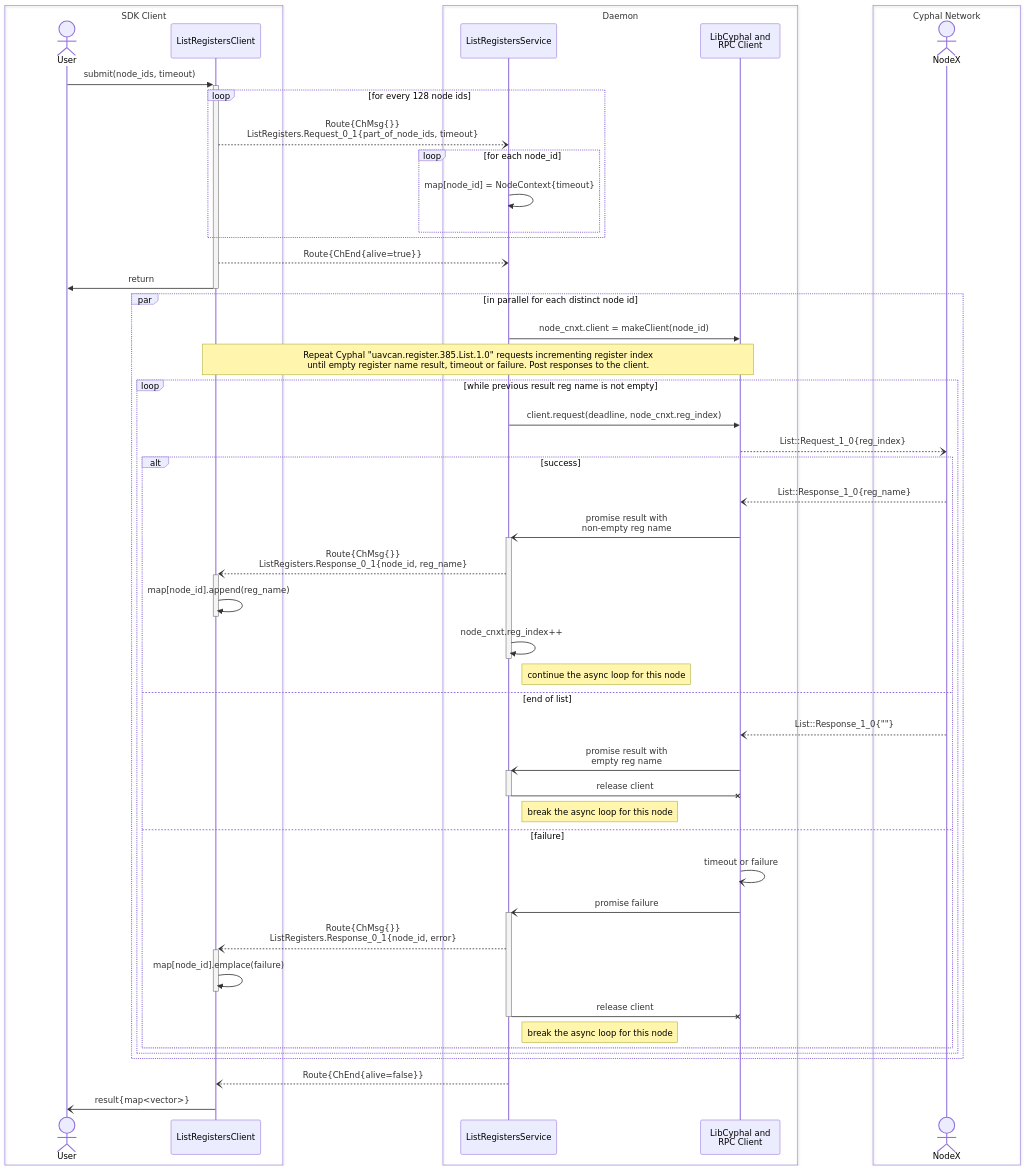
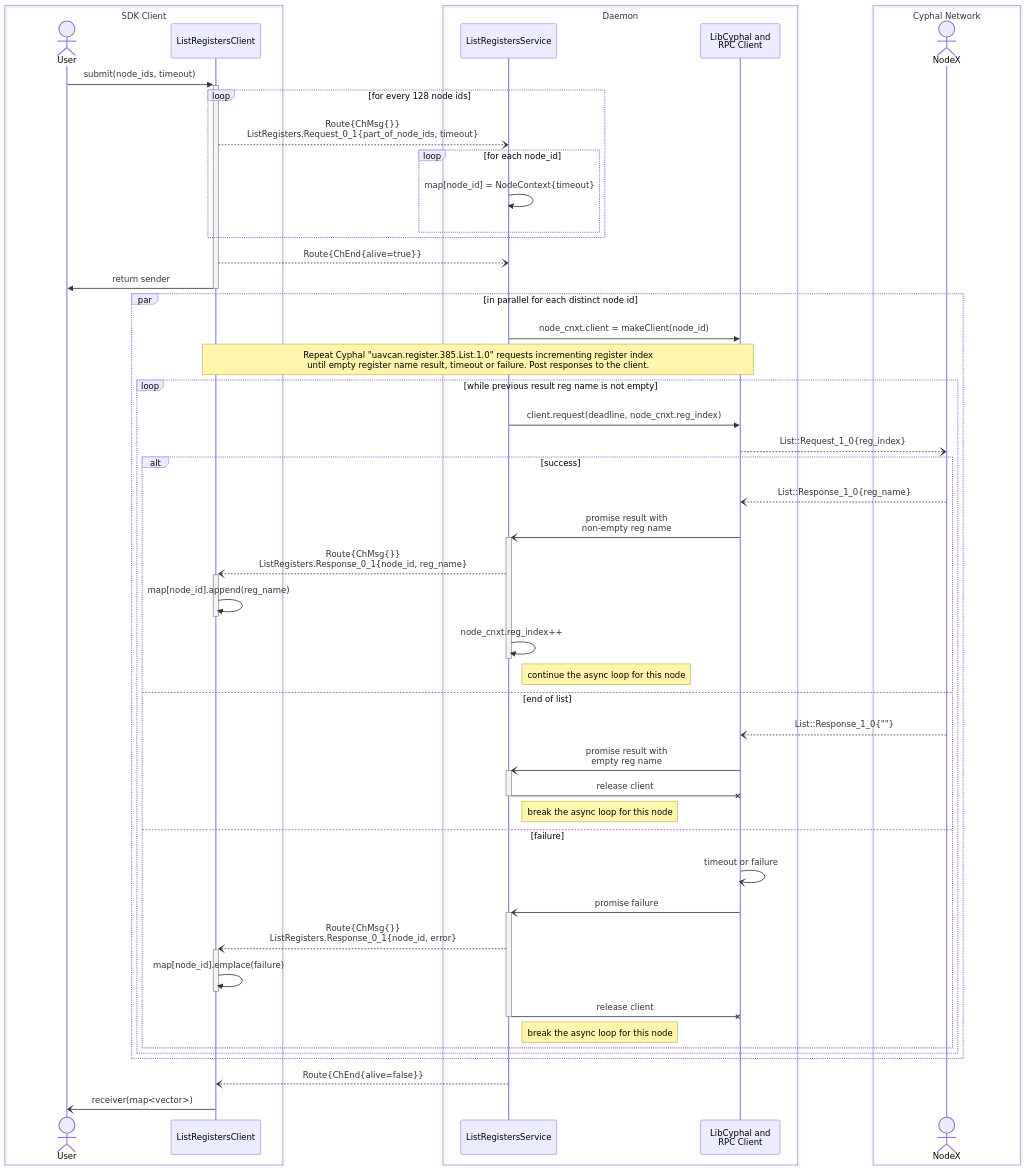
Before and after one commit to OpenCyphal-Garage/ocvsmd: the second of 5 diagrams in docs/svc_design.md, drawn with Mermaid. The commit also changed other lines of this file, not shown here.

````diff
--- a/docs/svc_design.md
+++ b/docs/svc_design.md
@@ -106,62 +106,62 @@
 ```mermaid
 sequenceDiagram
     actor User
     participant ListRegistersClient
     participant ListRegistersService
     participant LibCyphal as LibCyphal and<br/>RPC Client
     actor NodeX
     
     User ->>+ ListRegistersClient: submit(node_ids, timeout)
     loop for every 128 node ids
         ListRegistersClient --) ListRegistersService: Route{ChMsg{}}<br/>ListRegisters.Request_0_1{part_of_node_ids, timeout}
         loop for each node_id
             ListRegistersService ->> ListRegistersService: map[node_id] = NodeContext{timeout}
         end
     end
     ListRegistersClient --) ListRegistersService: Route{ChEnd{alive=true}}
-    ListRegistersClient ->>- User : return
+    ListRegistersClient ->>- User : return sender
     
     par in parallel for each distinct node id
         ListRegistersService ->> LibCyphal: node_cnxt.client = makeClient(node_id)
         Note over ListRegistersClient, LibCyphal: Repeat Cyphal "uavcan.register.385.List.1.0" requests incrementing register index<br/>until empty register name result, timeout or failure. Post responses to the client.
         loop while previous result reg name is not empty
             ListRegistersService ->> LibCyphal: client.request(deadline, node_cnxt.reg_index)
             LibCyphal --) NodeX: List::Request_1_0{reg_index}
             alt success
                 NodeX --) LibCyphal: List::Response_1_0{reg_name}
                 LibCyphal -)+ ListRegistersService: promise result with<br/>non-empty reg name
                 ListRegistersService --)+ ListRegistersClient: Route{ChMsg{}}<br/>ListRegisters.Response_0_1{node_id, reg_name}
                 ListRegistersClient ->>- ListRegistersClient: map[node_id].append(reg_name)
                 ListRegistersService ->>- ListRegistersService: node_cnxt.reg_index++
                 Note right of ListRegistersService: continue the async loop for this node
             else end of list
                 NodeX --) LibCyphal: List::Response_1_0{""}
                 LibCyphal -)+ ListRegistersService: promise result with<br/>empty reg name
                 ListRegistersService -x- LibCyphal: release client
                 Note right of ListRegistersService: break the async loop for this node 
             else failure
                 LibCyphal -) LibCyphal: timeout or failure
                 LibCyphal -)+ ListRegistersService: promise failure
                 ListRegistersService --)+ ListRegistersClient: Route{ChMsg{}}<br/>ListRegisters.Response_0_1{node_id, error}
                 ListRegistersClient ->>- ListRegistersClient: map[node_id].emplace(failure)
                 ListRegistersService -x- LibCyphal: release client
                 Note right of ListRegistersService: break the async loop for this node
             end
         end
     end
     
     ListRegistersService --) ListRegistersClient: Route{ChEnd{alive=false}}
-    ListRegistersClient -) User: result{map<vector>}
+    ListRegistersClient -) User: receiver(map<vector>)
 
     box SDK Client
         actor User
         participant ListRegistersClient
     end
     box Daemon
         participant ListRegistersService
         participant LibCyphal
     end
     box Cyphal Network
         actor NodeX
     end
 ```
````
